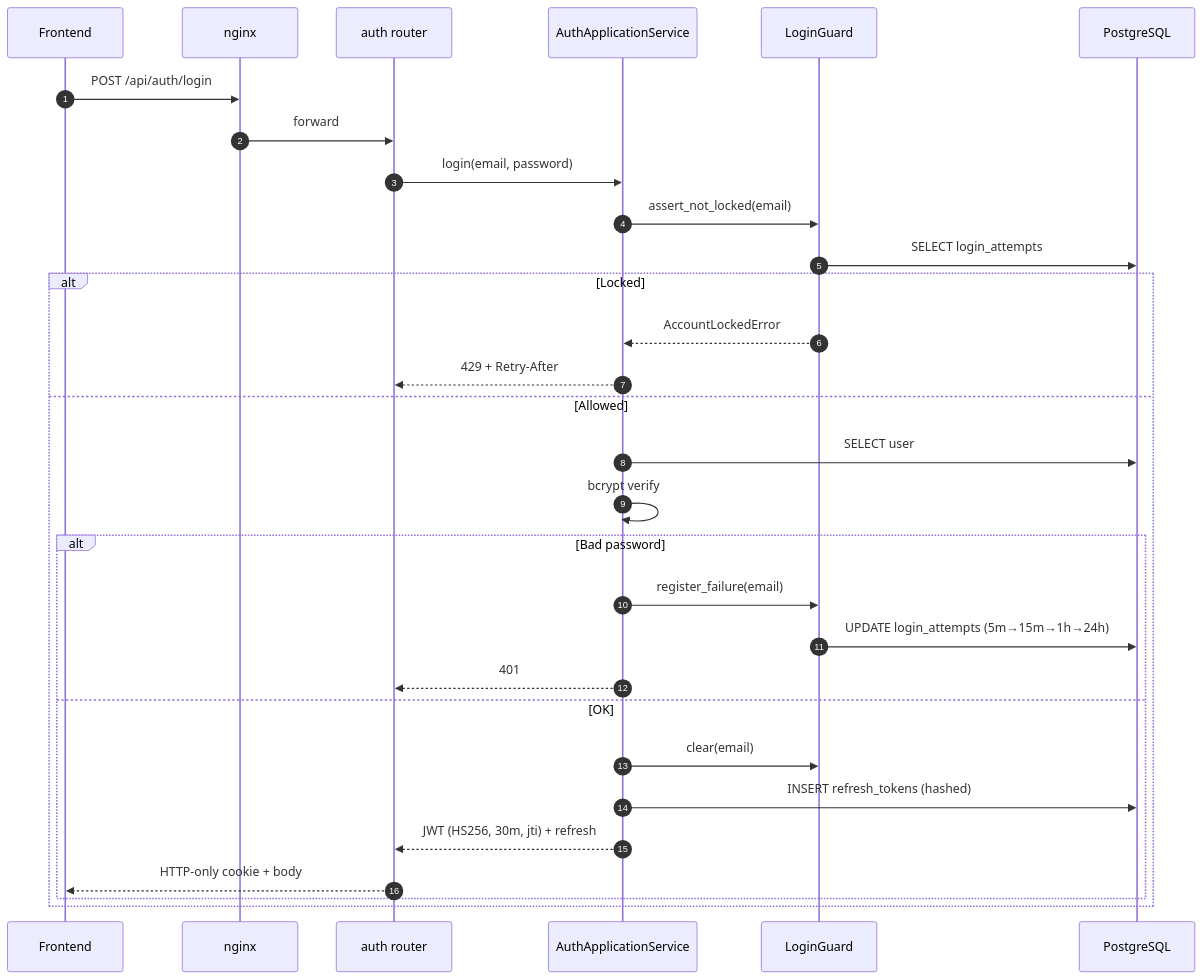
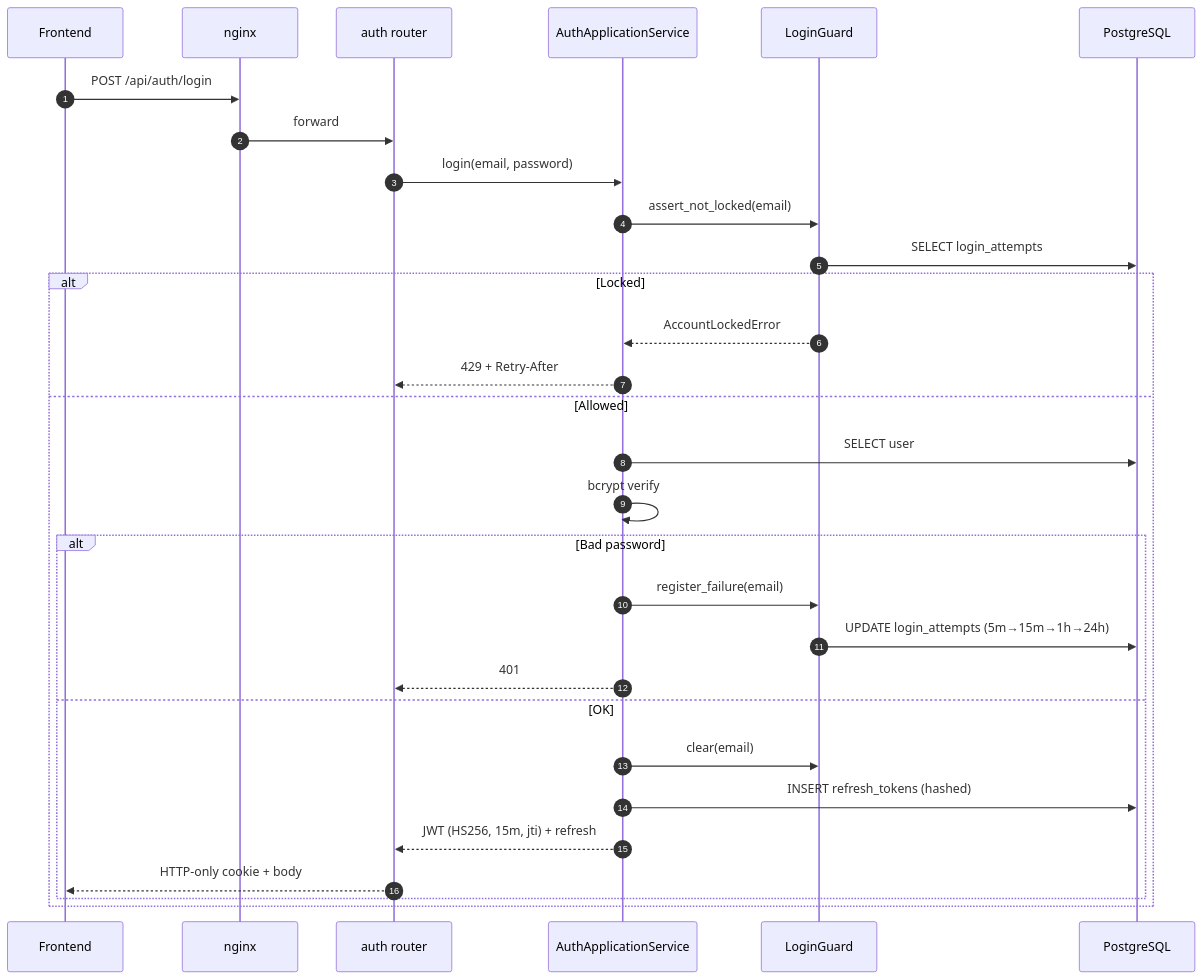
Before and after one commit to 2026-NTNU-Computer-Programming-II-POLS/Math-Defense: the ninth of 10 diagrams in ARCHITECTURE.md, drawn with Mermaid. The commit also changed other lines of this file and 10 other files, not shown here.

````diff
--- a/ARCHITECTURE.md
+++ b/ARCHITECTURE.md
@@ -740,33 +742,33 @@
 ```mermaid
 sequenceDiagram
     autonumber
     participant FE as Frontend
     participant N as nginx
     participant R as auth router
     participant App as AuthApplicationService
     participant LG as LoginGuard
     participant DB as PostgreSQL
 
     FE->>N: POST /api/auth/login
     N->>R: forward
     R->>App: login(email, password)
     App->>LG: assert_not_locked(email)
     LG->>DB: SELECT login_attempts
     alt Locked
         LG-->>App: AccountLockedError
         App-->>R: 429 + Retry-After
     else Allowed
         App->>DB: SELECT user
         App->>App: bcrypt verify
         alt Bad password
             App->>LG: register_failure(email)
             LG->>DB: UPDATE login_attempts (5m→15m→1h→24h)
             App-->>R: 401
         else OK
             App->>LG: clear(email)
             App->>DB: INSERT refresh_tokens (hashed)
-            App-->>R: JWT (HS256, 30m, jti) + refresh
+            App-->>R: JWT (HS256, 15m, jti) + refresh
             R-->>FE: HTTP-only cookie + body
         end
     end
 ```
````
